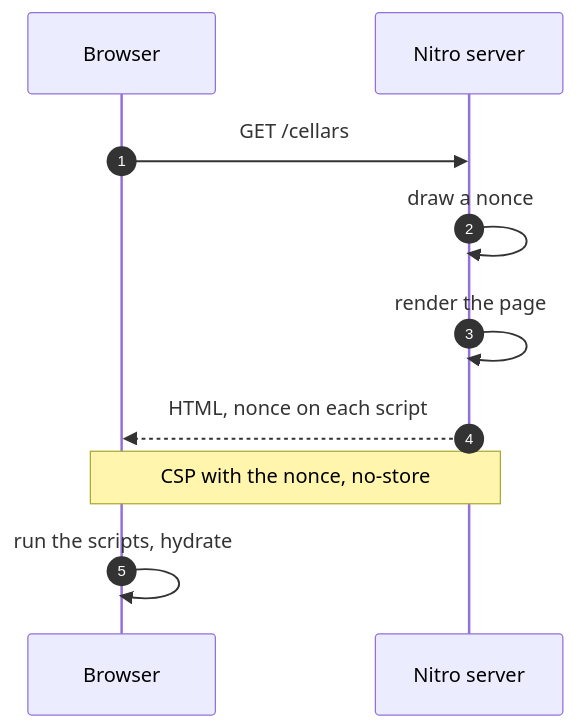
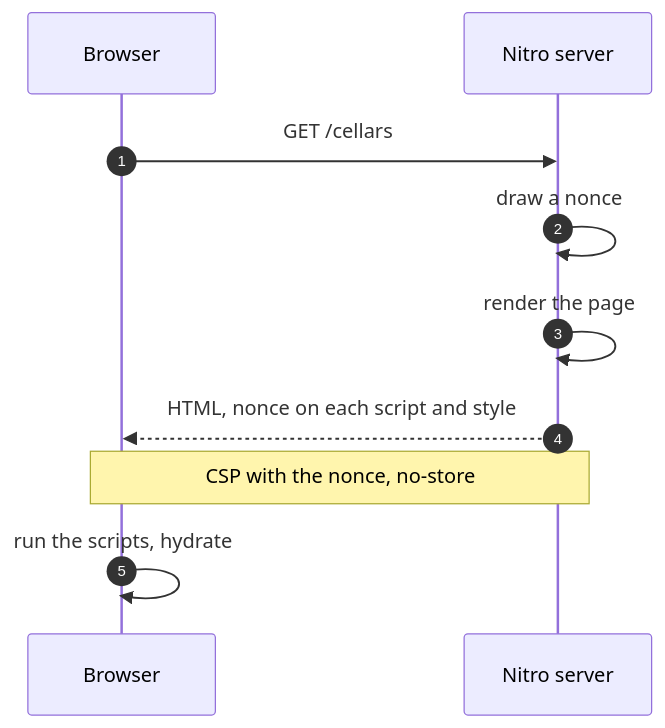
The fourth of 5 diagrams in docs/content/en/1.engineering/2.architecture/7.frontend-architecture.md (mboisnard/drinkit), drawn with Mermaid before and after one commit. The commit also changed other lines of this file and 6 other files, not shown here.

````diff
--- a/docs/content/en/1.engineering/2.architecture/7.frontend-architecture.md
+++ b/docs/content/en/1.engineering/2.architecture/7.frontend-architecture.md
@@ -181,12 +181,12 @@
 ```mermaid
 sequenceDiagram
   autonumber
   participant B as Browser
   participant N as Nitro server
   B->>N: GET /cellars
   N->>N: draw a nonce
   N->>N: render the page
-  N-->>B: HTML, nonce on each script
+  N-->>B: HTML, nonce on each script and style
   Note over N,B: CSP with the nonce, no-store
   B->>B: run the scripts, hydrate
 ```
````
